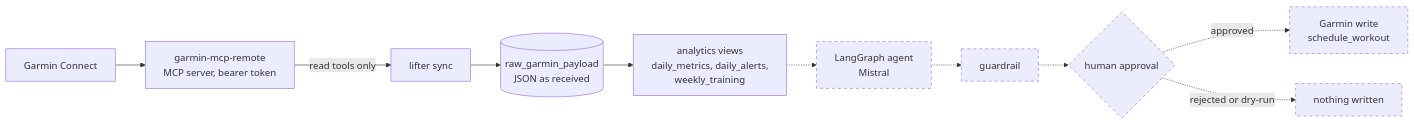
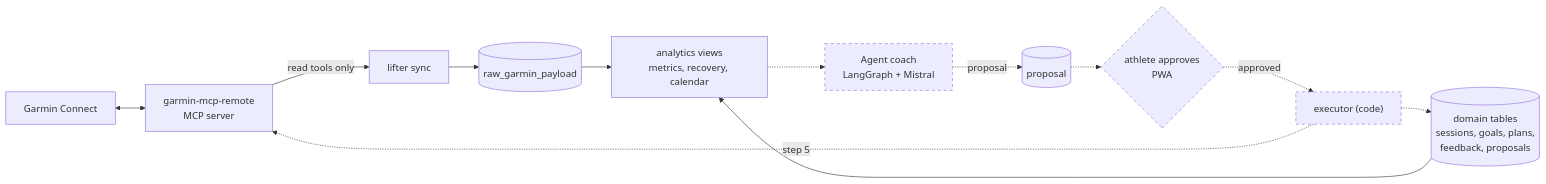
Before and after one commit to gabrielkpo/lifter: the first of 2 diagrams in README.md, drawn with Mermaid. The commit also changed other lines of this file and 13 other files, not shown here.

First line of the commit message:
feat: domain model for sessions, goals, plans, feedback and proposals (step 2)

````diff
--- a/README.md
+++ b/README.md
@@ -24,14 +34,16 @@
 ```mermaid
 flowchart LR
-    G["Garmin Connect"] --> M["garmin-mcp-remote<br/>MCP server, bearer token"]
+    G["Garmin Connect"] <--> M["garmin-mcp-remote<br/>MCP server"]
     M -->|read tools only| S["lifter sync"]
-    S --> R[("raw_garmin_payload<br/>JSON as received")]
-    R --> V["analytics views<br/>daily_metrics, daily_alerts,<br/>weekly_training"]
-    V -.-> A["LangGraph agent<br/>Mistral"]
-    A -.-> GR["guardrail"]
-    GR -.-> H{"human approval"}
-    H -.->|approved| W["Garmin write<br/>schedule_workout"]
-    H -.->|rejected or dry-run| N["nothing written"]
+    S --> R[("raw_garmin_payload")]
+    R --> V["analytics views<br/>metrics, recovery, calendar"]
+    D[("domain tables<br/>sessions, goals, plans,<br/>feedback, proposals")] --> V
+    V -.-> A["Agent coach<br/>LangGraph + Mistral"]
+    A -.->|proposal| P[("proposal")]
+    P -.-> U{"athlete approves<br/>PWA"}
+    U -.->|approved| X["executor (code)"]
+    X -.-> D
+    X -.->|step 5| M
     classDef planned stroke-dasharray: 5 5
-    class A,GR,H,W,N planned
+    class A,U,X planned
 ```
````
